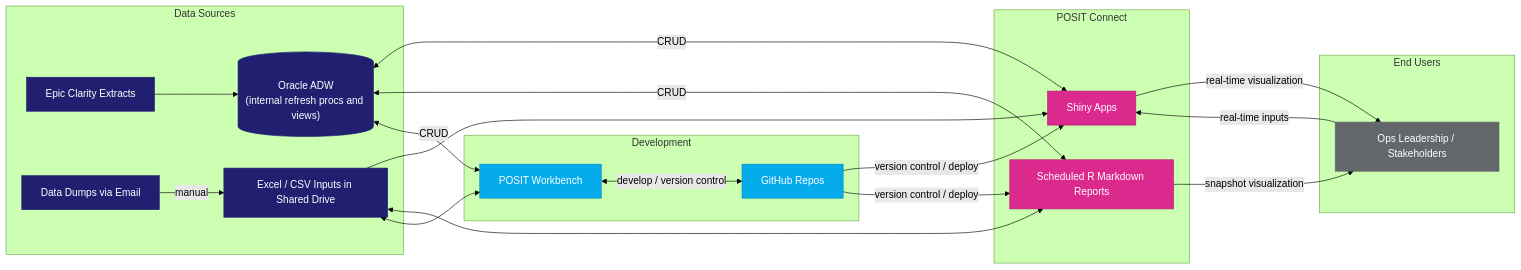
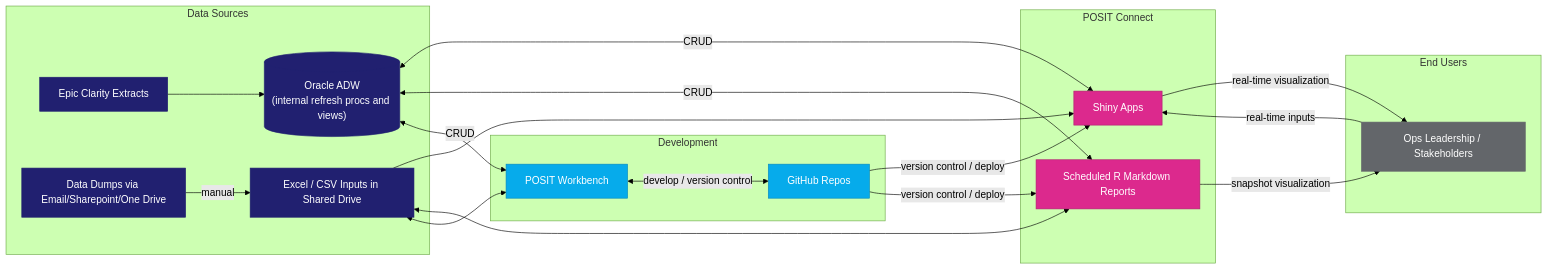
The first of 2 diagrams in Databricks/README.md (MSHS-OAO/Databricks-Tableau-User-Guide), drawn with Mermaid (forest theme) before and after one commit. The commit also changed other lines of this file, not shown here.

````diff
--- a/Databricks/README.md
+++ b/Databricks/README.md
@@ -2,44 +2,44 @@
 ```mermaid
 flowchart LR
     subgraph Sources["Data Sources"]
         EPIC[Epic Clarity Extracts]
         ORA[("Oracle ADW<br>(internal refresh procs and views)")]
-        EMAIL[Data Dumps via Email]
+        EMAIL[Data Dumps via Email/Sharepoint/One Drive]
         XLS[Excel / CSV Inputs in Shared Drive]
     end
     subgraph DevOps["Development"]
         RS[POSIT Workbench]
         GH[GitHub Repos]
     end
     subgraph Deploy["POSIT Connect"]
         SHINY[Shiny Apps]
         RPT[Scheduled R Markdown Reports]
     end
     subgraph Users["End Users"]
         USR[Ops Leadership / Stakeholders]
     end
 
     EPIC --> ORA
     EMAIL -->|manual| XLS
     ORA <-->|CRUD| SHINY
     ORA <-->|CRUD| RPT
     ORA <-->|CRUD| RS
     XLS --> SHINY
     XLS <--> RPT
     XLS <--> RS
     RS <-->|develop / version control| GH
     GH -->|version control / deploy| SHINY
     GH -->|version control / deploy| RPT
     SHINY -->|real-time visualization| USR
     RPT -->|snapshot visualization| USR
     USR -->|real-time inputs| SHINY
 
     classDef navy fill:#212070,stroke:#212070,color:#ffffff
     classDef cyan fill:#06ABEB,stroke:#0689BC,color:#ffffff
     classDef magenta fill:#DC298D,stroke:#B02171,color:#ffffff
     classDef gray fill:#63666A,stroke:#63666A,color:#ffffff
     class EPIC,ORA,EMAIL,XLS navy
     class RS,GH cyan
     class SHINY,RPT magenta
     class USR gray
 ```
````
